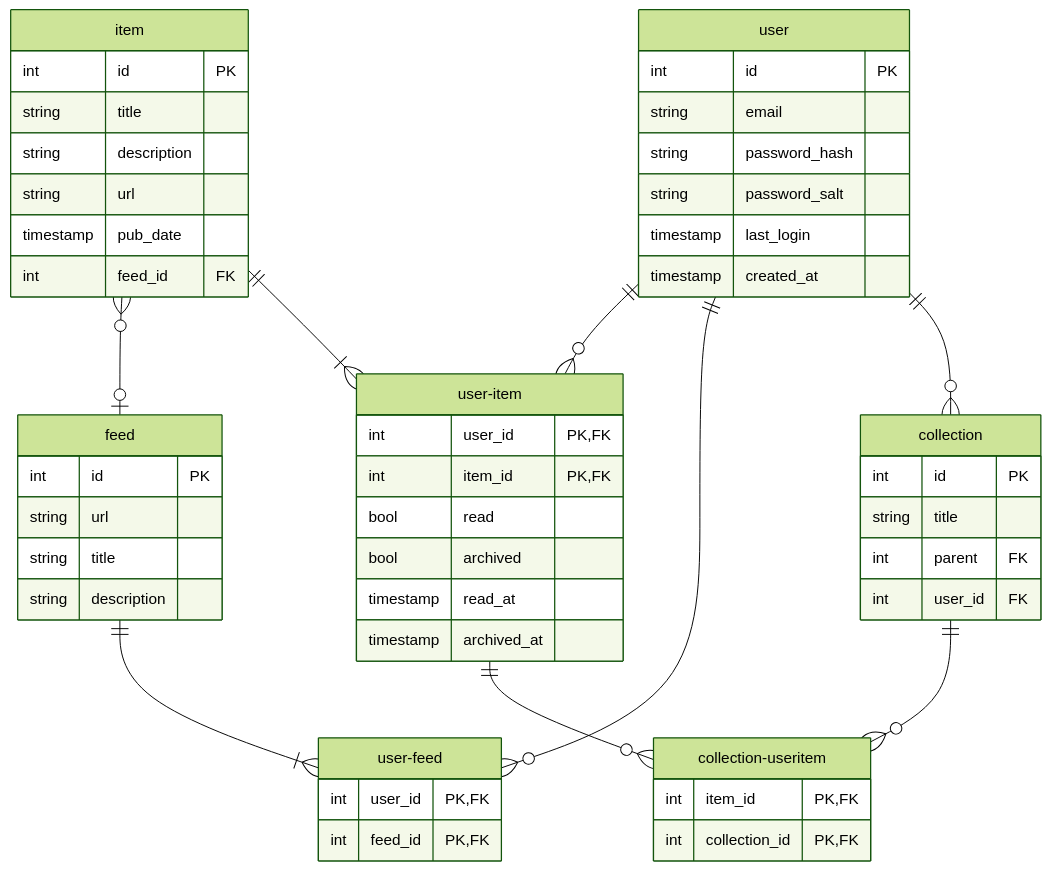
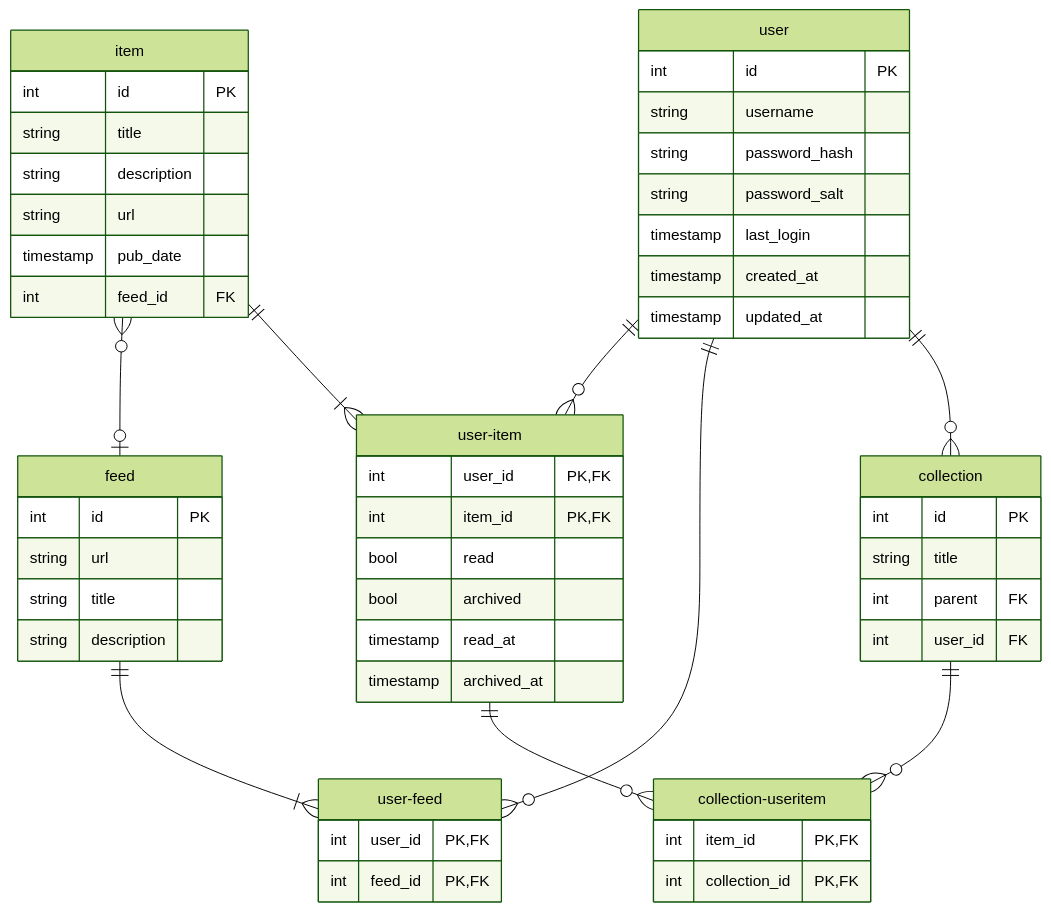
The diagram in database/README.md (tylershelton/inflow), drawn with Mermaid (forest theme) before and after one commit.

Commit message:
Update ERD to match `user` table implementation

````diff
--- a/database/README.md
+++ b/database/README.md
@@ -3,59 +3,60 @@
 ```mermaid
 erDiagram
   collection {
 	  int id PK
 	  string title
 	  int parent FK
 	  int user_id FK
 	}
 	feed {
 		int id PK
 		string url
 		string title
 		string description
 	}
 	item {
 		int id PK
 		string title
 		string description
 		string url
 		timestamp pub_date
 		int feed_id FK
 	}
 	user {
 		int id PK
-		string email
+		string username
 		string password_hash
 		string password_salt
 		timestamp last_login
 		timestamp created_at
+		timestamp updated_at
 	}
 	collection-useritem {
 		int item_id PK,FK
 		int collection_id PK,FK
 	}
 	user-feed {
 		int user_id PK,FK
 		int feed_id PK,FK
 	}
 	user-item {
 		int user_id PK,FK
 		int item_id PK,FK
 		bool read
 		bool archived
 		timestamp read_at
 		timestamp archived_at
 	}
 	
 	item zero or many -- zero or one feed : ""
 	user-item one -- zero or more collection-useritem : ""
 	item one -- one or more user-item : ""
 
 	user one -- zero or more user-item : ""
 	user one -- zero or more user-feed : ""
 	user one -- zero or more collection : ""
 	
 	feed one -- one or more user-feed : ""
 	
 	collection one -- zero or more collection-useritem : ""
 ```
````
